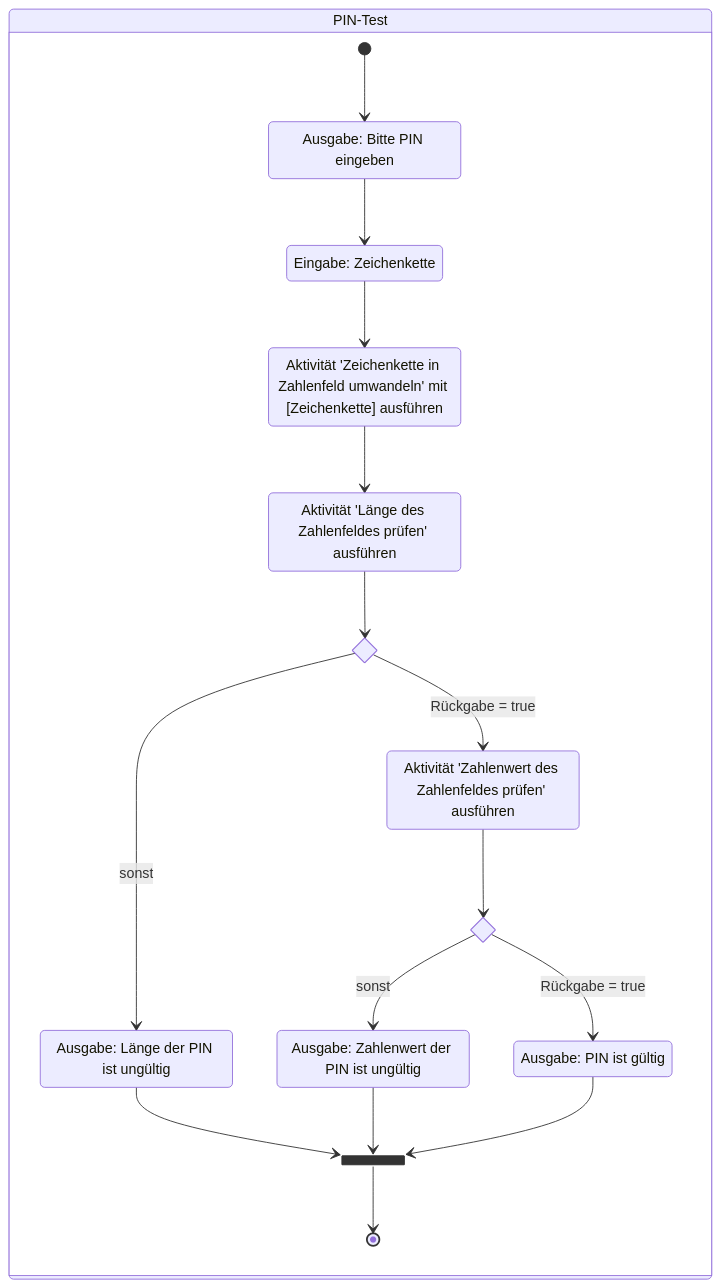
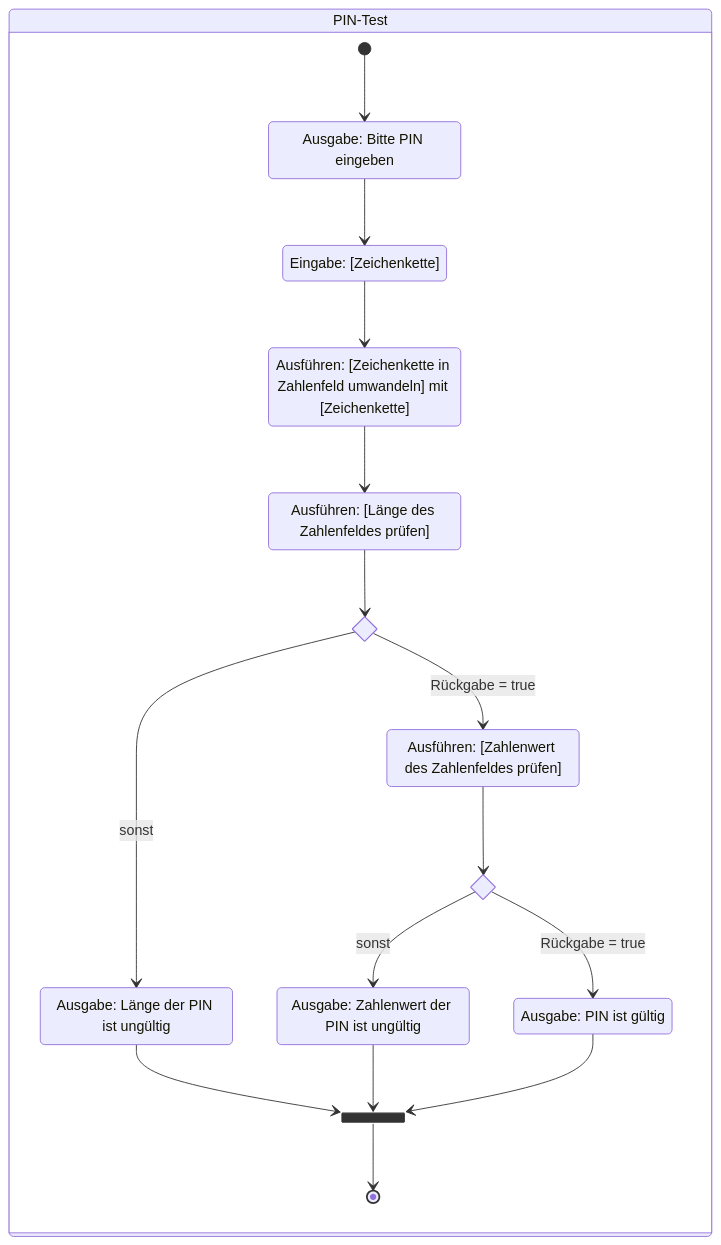
The third of 8 diagrams in docs/additional-material/daniel/java1/sample-exam.md (jappuccini/java-docs), drawn with Mermaid before and after one commit. The commit also changed other lines of this file and 5 other files, not shown here.

````diff
--- a/docs/additional-material/daniel/java1/sample-exam.md
+++ b/docs/additional-material/daniel/java1/sample-exam.md
@@ -202,32 +202,32 @@
 ```mermaid
 stateDiagram-v2
     state "Ausgabe: Bitte PIN eingeben" as state1
-    state "Eingabe: Zeichenkette" as state2
-    state "Aktivität 'Zeichenkette in Zahlenfeld umwandeln' mit [Zeichenkette] ausführen" as state3
-    state "Aktivität 'Länge des Zahlenfeldes prüfen' ausführen" as state4
+    state "Eingabe: [Zeichenkette]" as state2
+    state "Ausführen: [Zeichenkette in Zahlenfeld umwandeln] mit [Zeichenkette]" as state3
+    state "Ausführen: [Länge des Zahlenfeldes prüfen]" as state4
     state "Ausgabe: Länge der PIN ist ungültig" as state5
-    state "Aktivität 'Zahlenwert des Zahlenfeldes prüfen' ausführen" as state6
+    state "Ausführen: [Zahlenwert des Zahlenfeldes prüfen]" as state6
     state "Ausgabe: Zahlenwert der PIN ist ungültig" as state7
     state "Ausgabe: PIN ist gültig" as state8
 
     state if1 <<choice>>
     state if2 <<choice>>
     state fork1 <<fork>>
 
     state "PIN-Test" as main {
         [*] --> state1
         state1 --> state2
         state2 --> state3
         state3 --> state4
         state4 --> if1
         if1 --> state6: Rückgabe = true
         if1 --> state5: sonst
         state6 --> if2
         if2 --> state7: sonst
         if2 --> state8: Rückgabe = true
         state5 --> fork1
         state7 --> fork1
         state8 --> fork1
         fork1 --> [*]
     }
 ```
````
